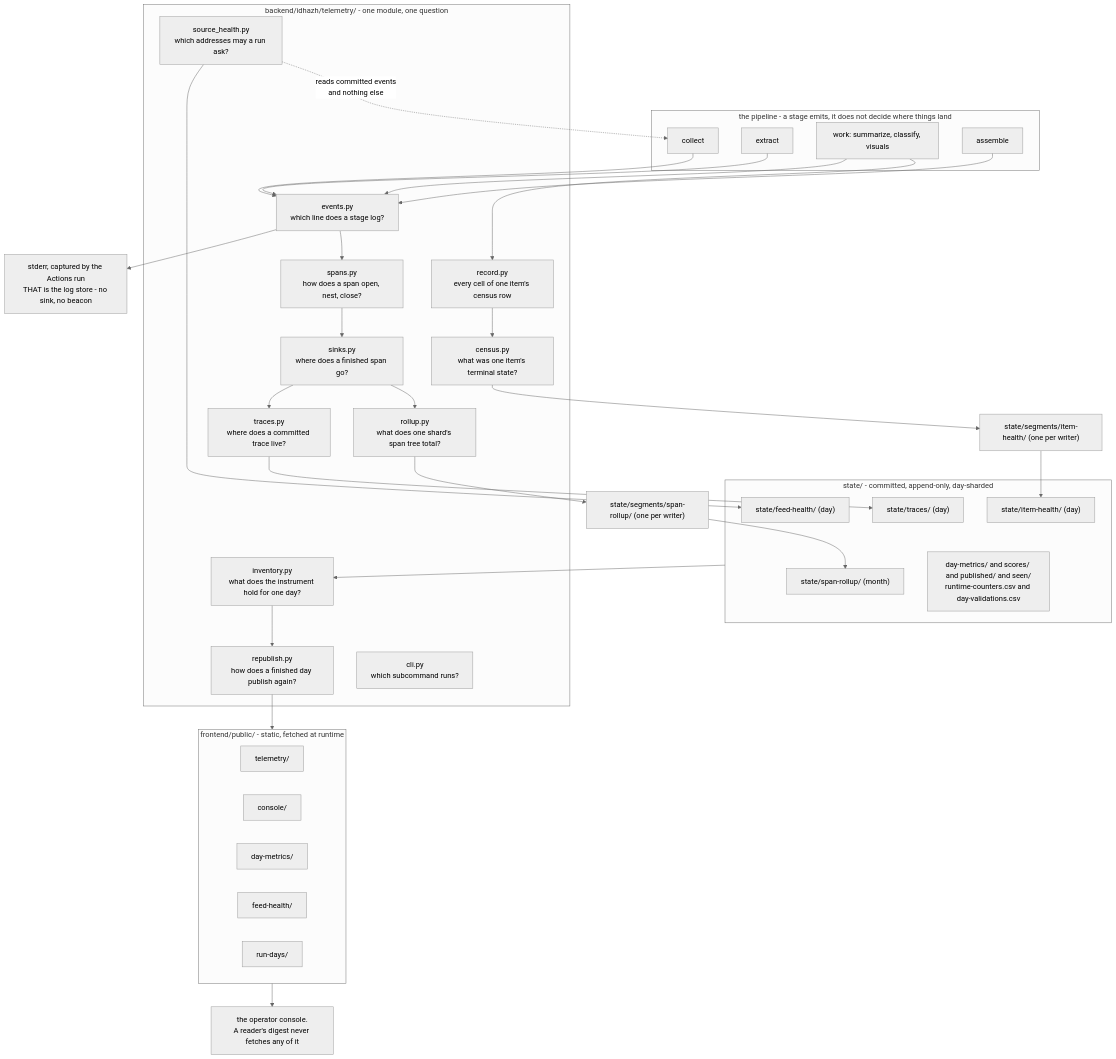
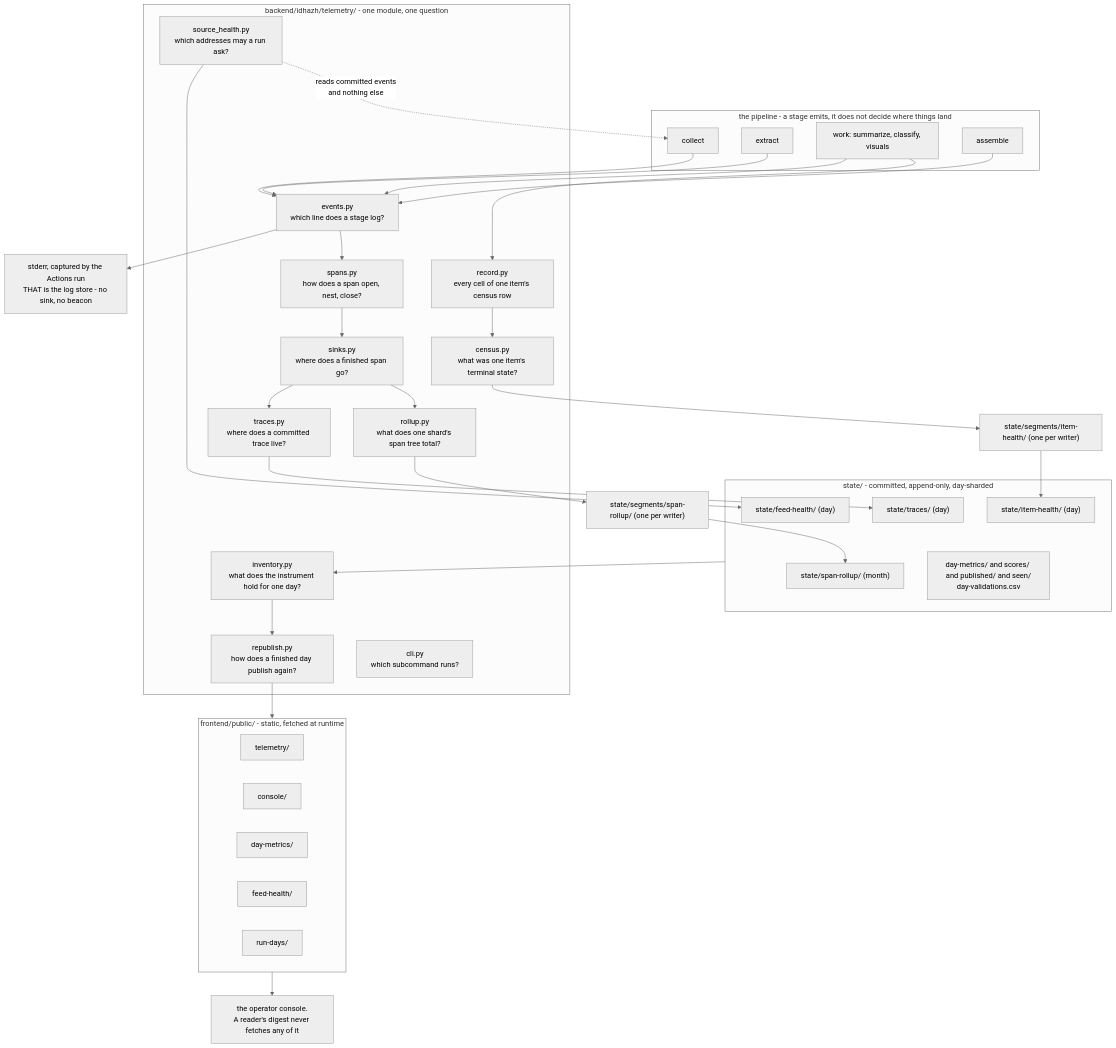
One commit to miztiik/yen-idhazh changed the diagram in docs/concepts/telemetry.md. Above: the diagram before and after it, drawn with Mermaid (neutral theme). The commit also changed other lines of this file and 90 other files, not shown here.

First line of the commit message:
The runtime-counters ledger is retired (#960)

````diff
--- a/docs/concepts/telemetry.md
+++ b/docs/concepts/telemetry.md
@@ -17,67 +17,67 @@
 ```mermaid
 flowchart TD
   subgraph stages["the pipeline - a stage emits, it does not decide where things land"]
     collect["collect"]
     extract["extract"]
     work["work: summarize, classify, visuals"]
     assemble["assemble"]
   end
 
   collect --> events
   extract --> events
   work --> events
   assemble --> events
   work --> record
 
   subgraph pkg["backend/idhazh/telemetry/ - one module, one question"]
     events["events.py<br/>which line does a stage log?"]
     spans["spans.py<br/>how does a span open, nest, close?"]
     sinks["sinks.py<br/>where does a finished span go?"]
     record["record.py<br/>every cell of one item's census row"]
     census["census.py<br/>what was one item's terminal state?"]
     rollup["rollup.py<br/>what does one shard's span tree total?"]
     traces["traces.py<br/>where does a committed trace live?"]
     inventory["inventory.py<br/>what does the instrument hold for one day?"]
     health["source_health.py<br/>which addresses may a run ask?"]
     republish["republish.py<br/>how does a finished day publish again?"]
     cli["cli.py<br/>which subcommand runs?"]
   end
 
   events --> stderr["stderr, captured by the Actions run<br/>THAT is the log store - no sink, no beacon"]
   events --> spans --> sinks
   sinks --> traces
   sinks --> rollup
   record --> census
 
   census --> ih["state/segments/item-health/ (one per writer)"]
   rollup --> sr["state/segments/span-rollup/ (one per writer)"]
   traces --> tr["state/traces/ (day)"]
   health --> fh["state/feed-health/ (day)"]
 
   ih --> head_ih["state/item-health/ (day)"]
   sr --> head_sr["state/span-rollup/ (month)"]
 
   subgraph state["state/ - committed, append-only, day-sharded"]
     head_ih
     head_sr
     tr
     fh
-    other["day-metrics/ and scores/ and published/ and seen/<br/>runtime-counters.csv and day-validations.csv"]
+    other["day-metrics/ and scores/ and published/ and seen/<br/>day-validations.csv"]
   end
 
   state --> inventory
   inventory --> republish
   republish --> pub
 
   subgraph pub["frontend/public/ - static, fetched at runtime"]
     telem["telemetry/"]
     cons["console/"]
     dm["day-metrics/"]
     fhp["feed-health/"]
     rd["run-days/"]
   end
 
   pub --> op["the operator console.<br/>A reader's digest never fetches any of it"]
 
   health -.->|"reads committed events<br/>and nothing else"| collect
 ```
````
